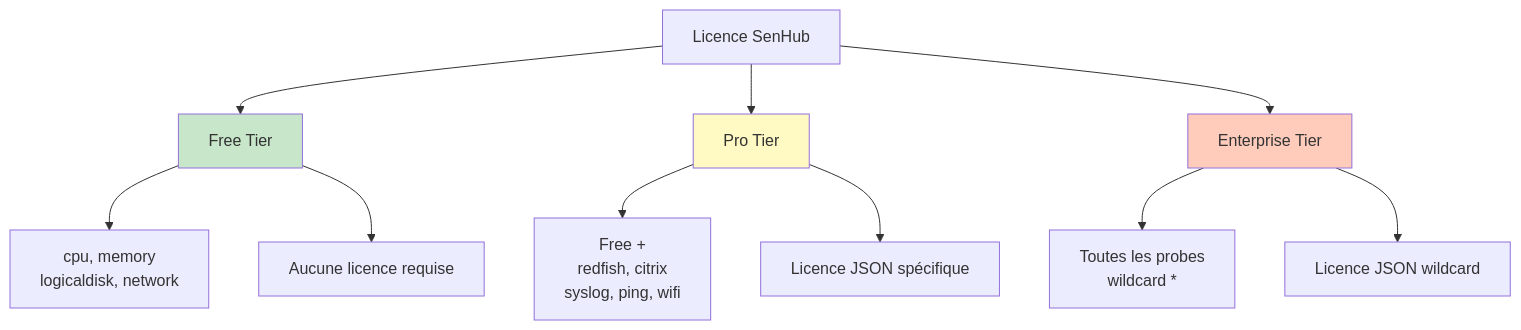
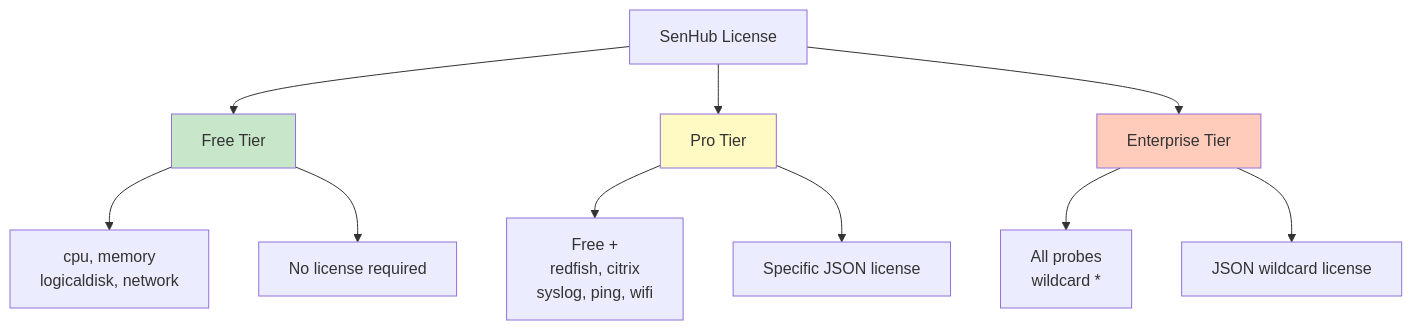
Before and after one commit to senhub-io/senhub-agent: the second of 5 diagrams in docs/user-guide/AGENT-CONFIGURATION.md, drawn with Mermaid. The commit also changed other lines of this file and 3 other files, not shown here.

````diff
--- a/docs/user-guide/AGENT-CONFIGURATION.md
+++ b/docs/user-guide/AGENT-CONFIGURATION.md
@@ -145,19 +145,19 @@
 ```mermaid
 graph TD
-    A[Licence SenHub] --> B[Free Tier]
+    A[SenHub License] --> B[Free Tier]
     A --> C[Pro Tier]
     A --> D[Enterprise Tier]
 
     B --> B1[cpu, memory<br/>logicaldisk, network]
-    B --> B2[Aucune licence requise]
+    B --> B2[No license required]
 
     C --> C1[Free +<br/>redfish, citrix<br/>syslog, ping, wifi]
-    C --> C2[Licence JSON spécifique]
+    C --> C2[Specific JSON license]
 
-    D --> D1[Toutes les probes<br/>wildcard *]
-    D --> D2[Licence JSON wildcard]
+    D --> D1[All probes<br/>wildcard *]
+    D --> D2[JSON wildcard license]
 
     style B fill:#c8e6c9
     style C fill:#fff9c4
     style D fill:#ffccbc
 ```
````
